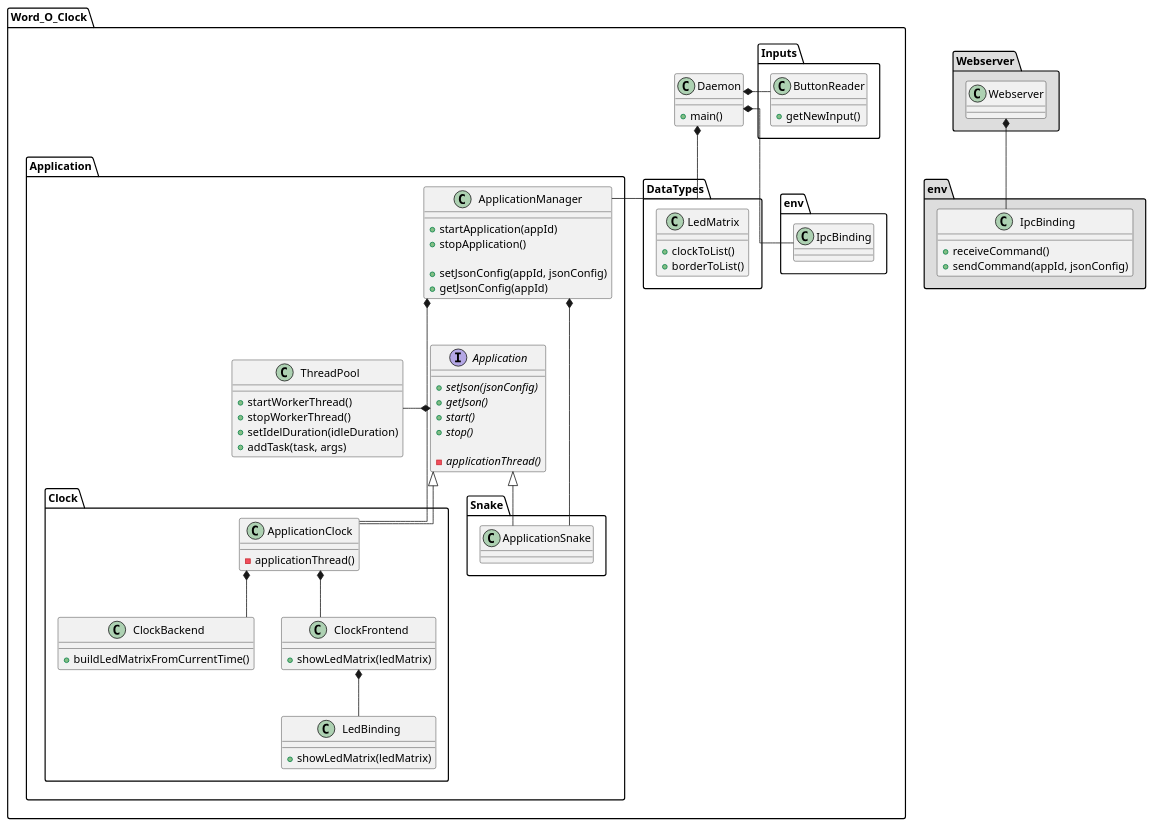
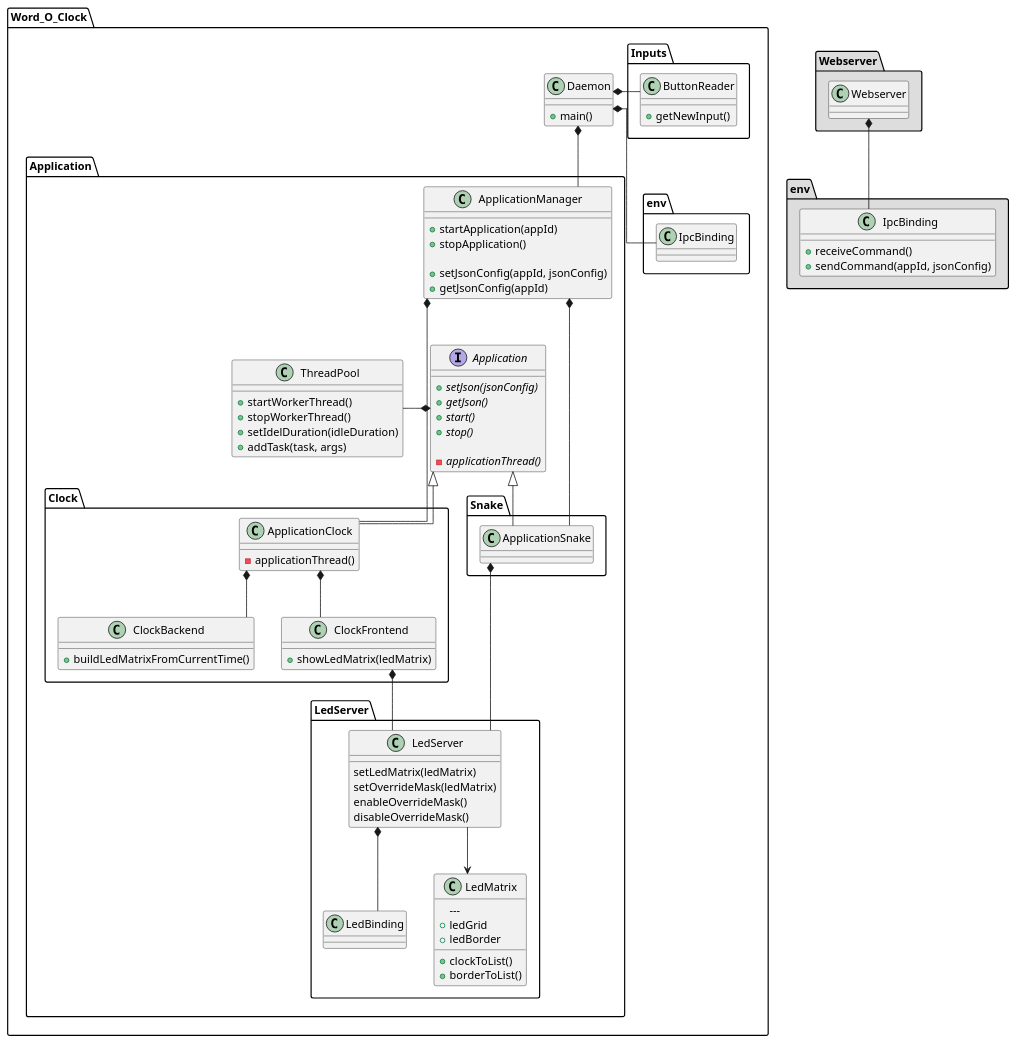
The diagram in Documentation/Application_Design.puml (scheible/wordclock), drawn with PlantUML before and after one commit. The commit also changed 9 other files, not shown here.

```diff
--- a/Documentation/Application_Design.puml
+++ b/Documentation/Application_Design.puml
@@ -1,105 +1,113 @@
 @startuml
 skinparam linetype ortho
 
 namespace "Word_O_Clock" as top {
 
     class Daemon {
         +main()
     }
 
 
     namespace Inputs {
         class ButtonReader {
             +getNewInput()
         }
     }
 
     namespace Application {
         class ApplicationManager {
             +startApplication(appId)
             +stopApplication()
 
             +setJsonConfig(appId, jsonConfig)
             +getJsonConfig(appId)
         }
 
         interface Application {
             +{abstract} setJson(jsonConfig)
             +{abstract} getJson()
             +{abstract} start()
             +{abstract} stop()
 
             -{abstract} applicationThread()
         }
 
 
 
         class ThreadPool {
             +startWorkerThread()
             +stopWorkerThread()
             +setIdelDuration(idleDuration)
             +addTask(task, args)
         }
 
         ThreadPool -* Application
 
         namespace Clock {
             class ApplicationClock {
                 -applicationThread()
             }
             class ClockBackend {
                 +buildLedMatrixFromCurrentTime()
             }
             class ClockFrontend {
                 +showLedMatrix(ledMatrix)
             }
-            class LedBinding {
-                +showLedMatrix(ledMatrix)
-            }
 
             top.Application.Application <|-- top.Application.Clock.ApplicationClock
             ApplicationClock *-- ClockBackend
             ApplicationClock *-- ClockFrontend
-            ClockFrontend *-- LedBinding
         }
 
         namespace Snake {
             class ApplicationSnake
             top.Application.Application <|-- top.Application.Snake.ApplicationSnake
         }
+
+        namespace LedServer {
+          class LedServer {
+            setLedMatrix(ledMatrix)
+            setOverrideMask(ledMatrix)
+            enableOverrideMask()
+            disableOverrideMask()
+          }
+          class LedBinding
+          class LedMatrix {
+            +clockToList()
+            +borderToList()
+              ---
+              +ledGrid
+              +ledBorder
+          }
+          LedServer *-- LedBinding
+          LedServer --> LedMatrix
+        }
+
+        top.Application.Clock.ClockFrontend *-- top.Application.LedServer.LedServer
+        top.Application.Snake.ApplicationSnake *-- top.Application.LedServer.LedServer
     }
 
     top.Application.ApplicationManager *--- top.Application.Clock.ApplicationClock
     top.Application.ApplicationManager *--- top.Application.Snake.ApplicationSnake
 
-    namespace DataTypes {
-        class LedMatrix {
-            +clockToList()
-            +borderToList()
-        }
-    }
-
-
     Daemon *-- env.IpcBinding
     Daemon *- top.Inputs.ButtonReader
     Daemon *-- top.Application.ApplicationManager
-
-    Daemon -[hidden]- top.DataTypes.LedMatrix
 
 
 }
 
 namespace Webserver #DDDDDD {
     class Webserver
 }
 
  namespace env #DDDDDD {
     class IpcBinding {
         +receiveCommand()
         +sendCommand(appId, jsonConfig)
     }
 }
 
 Webserver.Webserver *-- env.IpcBinding
 Webserver.Webserver -[hidden] top.Daemon
 @enduml
```
